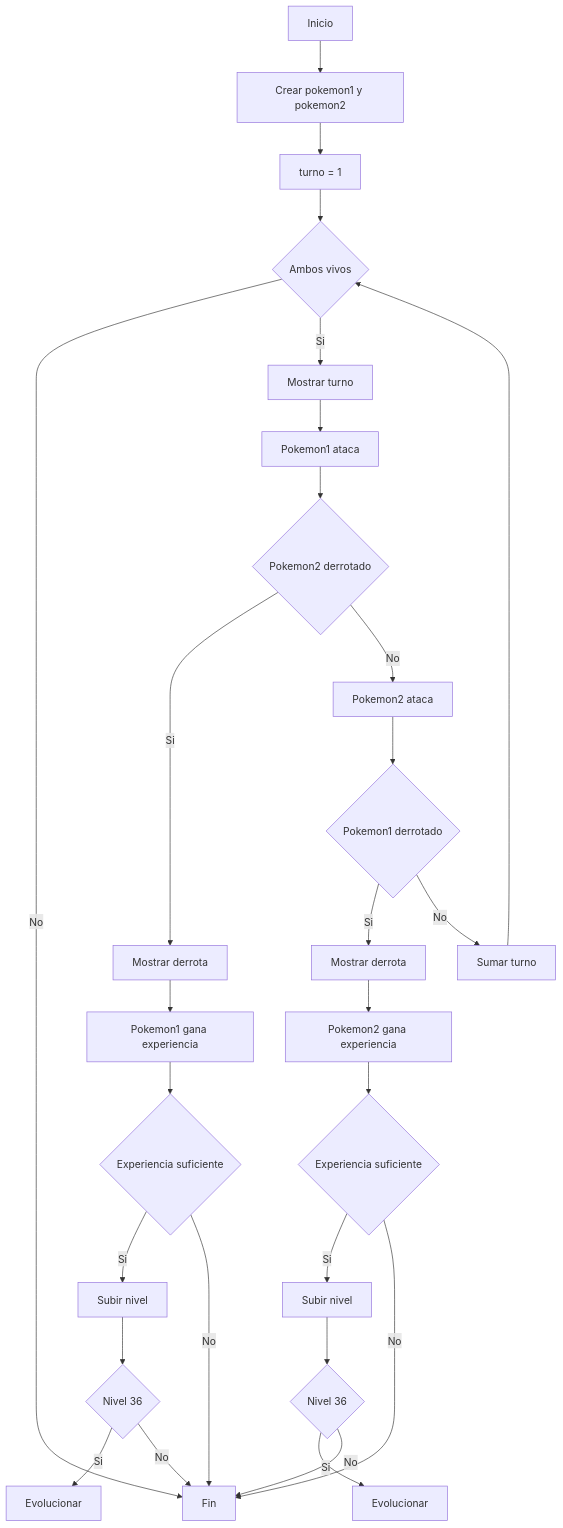
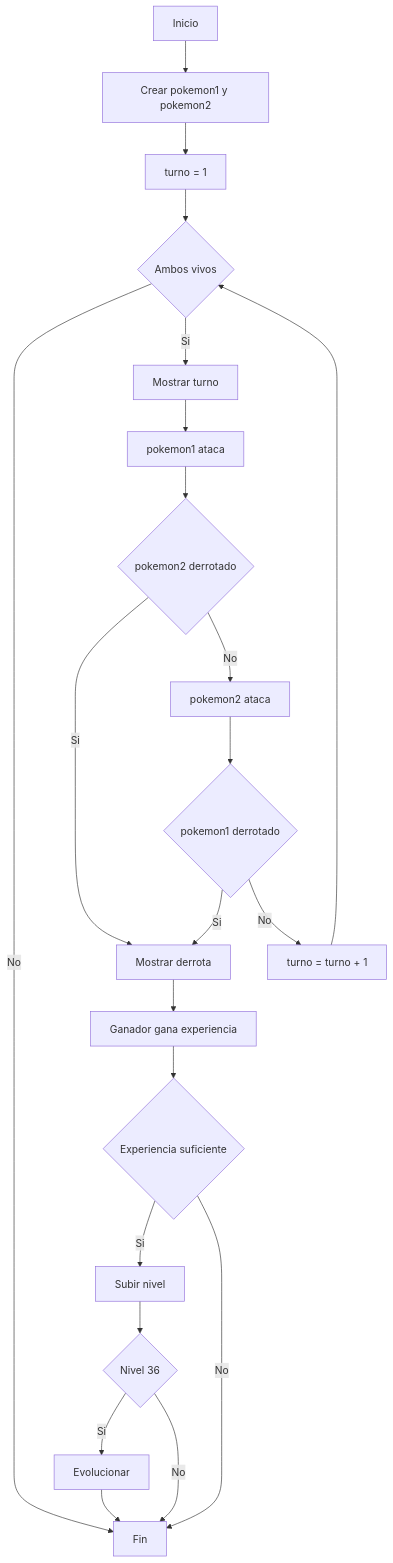
Before and after one commit to darovalenzuelaa/Recursos: the diagram in Diagrams/FLUJO_LOGICA.md, drawn with Mermaid.

````diff
--- a/Diagrams/FLUJO_LOGICA.md
+++ b/Diagrams/FLUJO_LOGICA.md
@@ -3,43 +3,39 @@
 ```mermaid
 flowchart TD
 
 A[Inicio] --> B[Crear pokemon1 y pokemon2]
 B --> C[turno = 1]
 
 C --> D{Ambos vivos}
 
 D -- No --> Z[Fin]
+
 D -- Si --> E[Mostrar turno]
 
-E --> F[Pokemon1 ataca]
-F --> G{Pokemon2 derrotado}
+E --> F[pokemon1 ataca]
+F --> G{pokemon2 derrotado}
 
 G -- Si --> H[Mostrar derrota]
-H --> I[Pokemon1 gana experiencia]
-I --> I1{Experiencia suficiente}
+H --> I[Ganador gana experiencia]
 
-I1 -- Si --> I2[Subir nivel]
-I2 --> I3{Nivel 36}
-I3 -- Si --> I4[Evolucionar]
-I3 -- No --> Z
+G -- No --> J[pokemon2 ataca]
 
-I1 -- No --> Z
+J --> K{pokemon1 derrotado}
 
-G -- No --> J[Pokemon2 ataca]
+K -- Si --> H
 
-J --> K{Pokemon1 derrotado}
+K -- No --> L[turno = turno + 1]
+L --> D
 
-K -- Si --> L[Mostrar derrota]
-L --> M[Pokemon2 gana experiencia]
-M --> M1{Experiencia suficiente}
+I --> M{Experiencia suficiente}
 
-M1 -- Si --> M2[Subir nivel]
-M2 --> M3{Nivel 36}
-M3 -- Si --> M4[Evolucionar]
-M3 -- No --> Z
+M -- Si --> N[Subir nivel]
+M -- No --> Z
 
-M1 -- No --> Z
+N --> O{Nivel 36}
 
-K -- No --> N[Sumar turno]
-N --> D
+O -- Si --> P[Evolucionar]
+O -- No --> Z
+
+P --> Z
 ```
````
